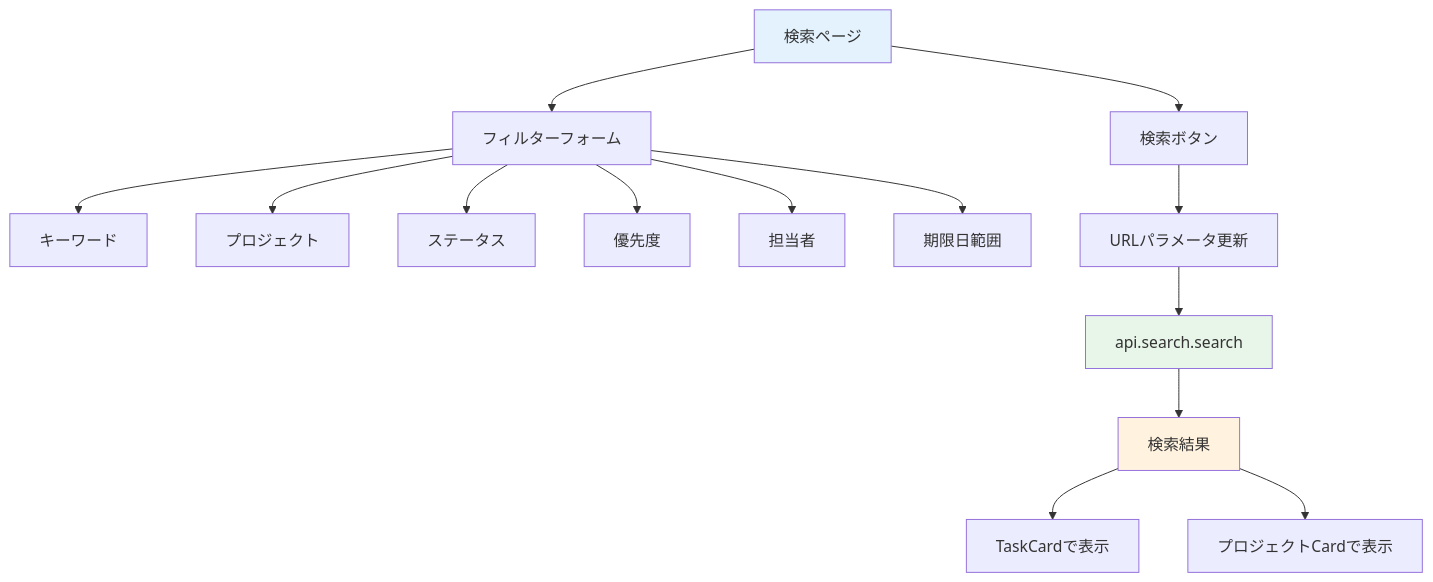
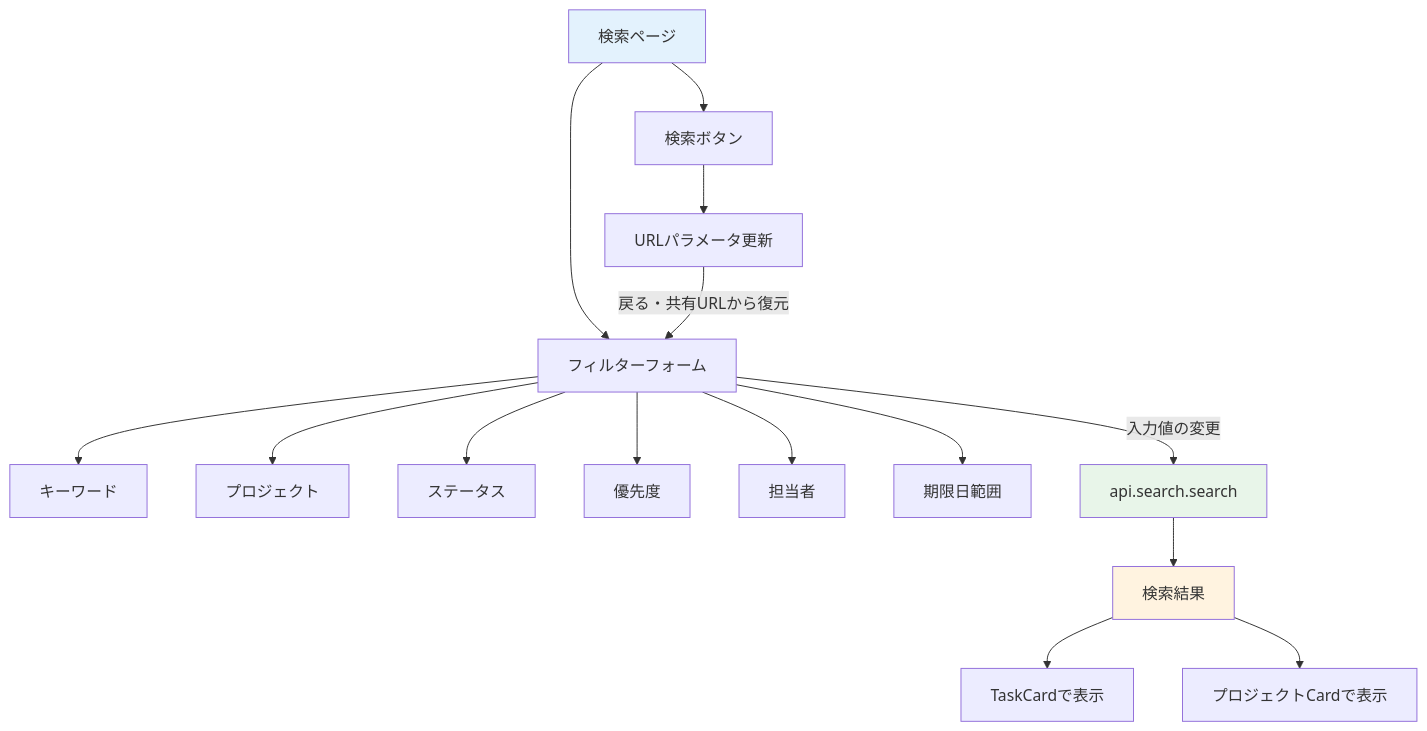
One commit to kouiso/task-app changed the first of 2 diagrams in material/30days-curriculum/day20_タスク検索機能.md. Above: the diagram before and after it, drawn with Mermaid. The commit also changed other lines of this file and 171 other files, not shown here.

````diff
--- a/material/30days-curriculum/day20_タスク検索機能.md
+++ b/material/30days-curriculum/day20_タスク検索機能.md
@@ -32,21 +32,22 @@
 ```mermaid
 flowchart TD
     A[検索ページ] --> B[フィルターフォーム]
     B --> C[キーワード]
     B --> D[プロジェクト]
     B --> E[ステータス]
     B --> F[優先度]
     B --> G[担当者]
     B --> H[期限日範囲]
 
     A --> I[検索ボタン]
     I --> J[URLパラメータ更新]
-    J --> K[api.search.search]
+    B -->|入力値の変更| K[api.search.search]
+    J -->|戻る・共有URLから復元| B
     K --> L[検索結果]
     L --> M[TaskCardで表示]
     L --> N[プロジェクトCardで表示]
 
     style A fill:#e3f2fd
     style K fill:#e8f5e9
     style L fill:#fff3e0
 ```
````
